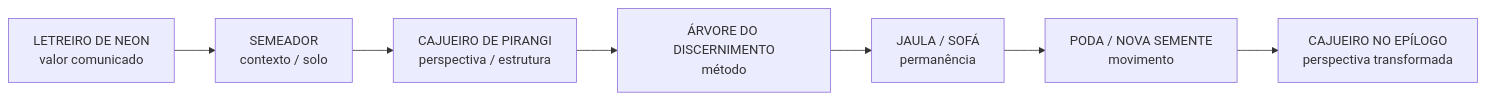
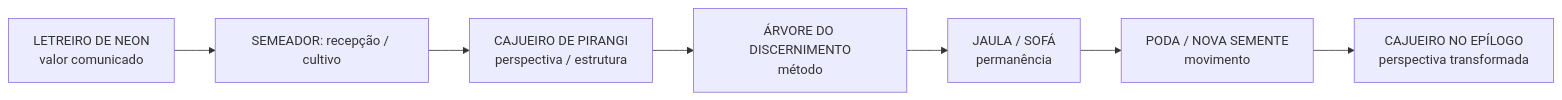
Before and after one commit to Sollimastudio/trilogia-sol-lima: the eighth of 8 diagrams in 02_REPOSICIONE_SE/MAPA_VISUAL.md, drawn with Mermaid. The commit also changed other lines of this file and 43 other files, not shown here.

````diff
--- a/02_REPOSICIONE_SE/MAPA_VISUAL.md
+++ b/02_REPOSICIONE_SE/MAPA_VISUAL.md
@@ -121,9 +121,9 @@
 ```mermaid
 flowchart LR
-    L[LETREIRO DE NEON\nvalor comunicado] --> S[SEMEADOR\ncontexto / solo]
+    L[LETREIRO DE NEON\nvalor comunicado] --> S["SEMEADOR: recepção / cultivo"]
     S --> C[CAJUEIRO DE PIRANGI\nperspectiva / estrutura]
     C --> A[ÁRVORE DO DISCERNIMENTO\nmétodo]
     A --> J[JAULA / SOFÁ\npermanência]
     J --> P[PODA / NOVA SEMENTE\nmovimento]
     P --> C2[CAJUEIRO NO EPÍLOGO\nperspectiva transformada]
 ```
````
